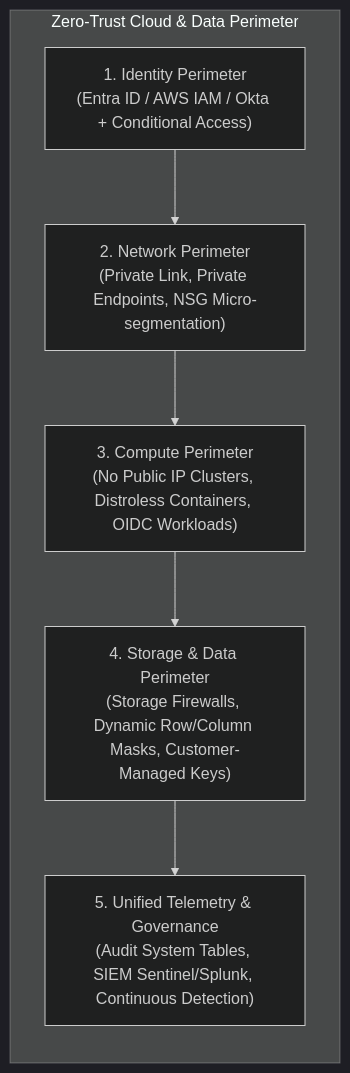
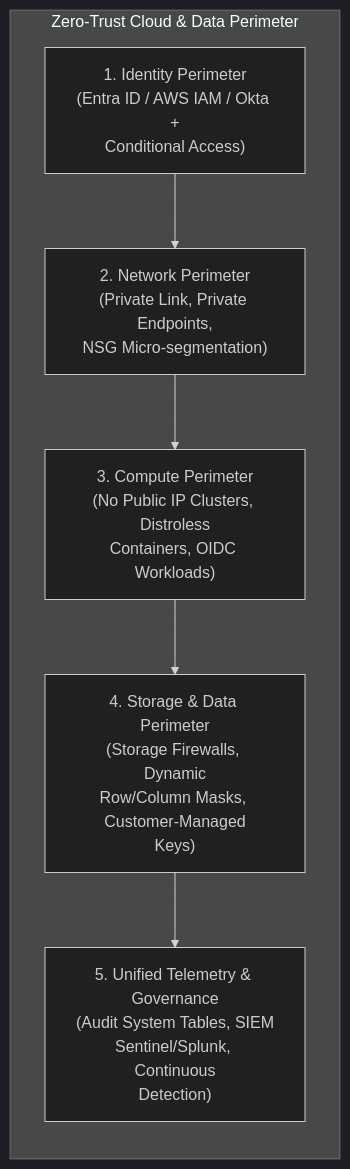
One commit to santoshjammi29/security-handbook changed the first of 2 diagrams in architectures/01_zero_trust_cloud_and_data_perimeter_architecture.md. Above: the diagram before and after it, drawn with Mermaid (dark theme). The commit also changed other lines of this file and 22 other files, not shown here.

Commit message:
fix(diagrams): word-wrap labels and escape comparison operators across all diagrams

````diff
--- a/architectures/01_zero_trust_cloud_and_data_perimeter_architecture.md
+++ b/architectures/01_zero_trust_cloud_and_data_perimeter_architecture.md
@@ -14,13 +14,13 @@
 ```mermaid
 flowchart TD
     subgraph ZeroTrustPerimeter["Zero-Trust Cloud & Data Perimeter"]
         direction TB
-        IdentityTier["1. Identity Perimeter<br>(Entra ID / AWS IAM / Okta + Conditional Access)"]
-        NetworkTier["2. Network Perimeter<br>(Private Link, Private Endpoints, NSG Micro-segmentation)"]
-        ComputeTier["3. Compute Perimeter<br>(No Public IP Clusters, Distroless Containers, OIDC Workloads)"]
-        DataTier["4. Storage & Data Perimeter<br>(Storage Firewalls, Dynamic Row/Column Masks, Customer-Managed Keys)"]
-        AuditTier["5. Unified Telemetry & Governance<br>(Audit System Tables, SIEM Sentinel/Splunk, Continuous Detection)"]
+        IdentityTier["1. Identity Perimeter<br/>(Entra ID / AWS IAM / Okta +<br/>Conditional Access)"]
+        NetworkTier["2. Network Perimeter<br/>(Private Link, Private Endpoints,<br/>NSG Micro-segmentation)"]
+        ComputeTier["3. Compute Perimeter<br/>(No Public IP Clusters, Distroless<br/>Containers, OIDC Workloads)"]
+        DataTier["4. Storage & Data Perimeter<br/>(Storage Firewalls, Dynamic<br/>Row/Column Masks, Customer-Managed<br/>Keys)"]
+        AuditTier["5. Unified Telemetry & Governance<br/>(Audit System Tables, SIEM<br/>Sentinel/Splunk, Continuous<br/>Detection)"]
     end
 
     IdentityTier --> NetworkTier --> ComputeTier --> DataTier --> AuditTier
 ```
````
